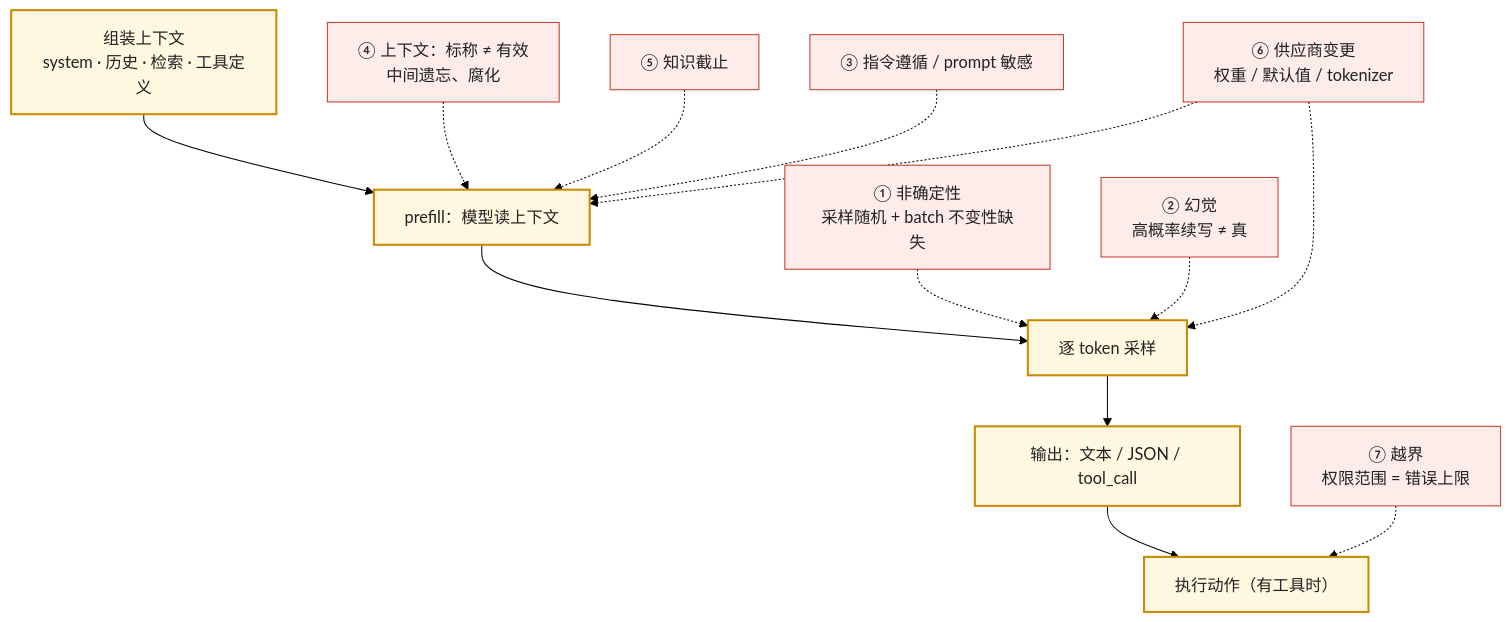
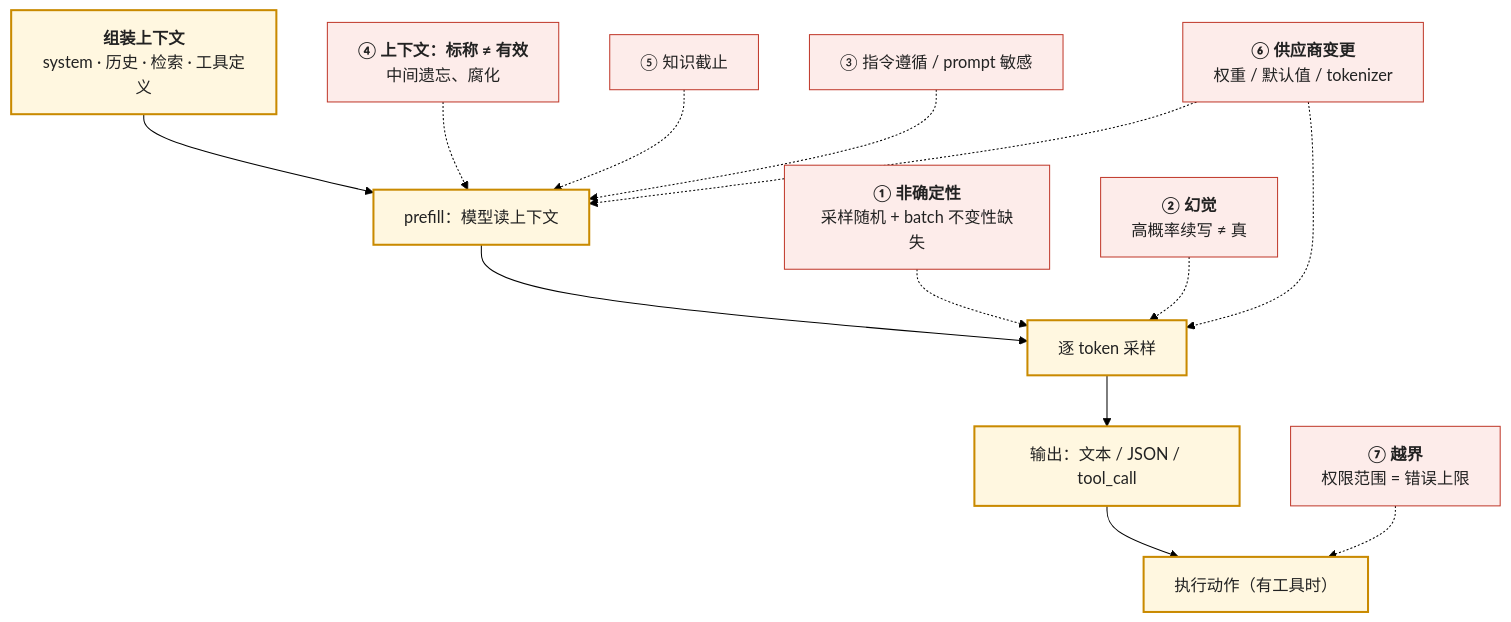
Before and after one commit to arganzheng/arganzheng.github.com: the first of 8 diagrams in _posts/2026-09-29-llm-failure-modes-nondeterminism-hallucination-and-context.md, drawn with Mermaid (forest theme). The commit also changed other lines of this file and 6 other files, not shown here.

First line of the commit message:
模型作为组件：契约、失效模式与选型：Mermaid 多行方框的首行标为标题（7 篇）

````diff
--- a/_posts/2026-09-29-llm-failure-modes-nondeterminism-hallucination-and-context.md
+++ b/_posts/2026-09-29-llm-failure-modes-nondeterminism-hallucination-and-context.md
@@ -40,21 +40,21 @@
 ```mermaid
 %% 图：七条失效模式各在一次调用的哪个位置进入：上下文、知识截止、指令遵循、供应商变更在 prefill，非确定性与幻觉在采样，越界在执行动作
 flowchart TB
-    CTX["组装上下文<br/>system · 历史 · 检索 · 工具定义"] --> PRE["prefill：模型读上下文"]
+    CTX["<b>组装上下文</b><br/>system · 历史 · 检索 · 工具定义"] --> PRE["prefill：模型读上下文"]
     PRE --> SAMP["逐 token 采样"]
     SAMP --> OUT["输出：文本 / JSON / tool_call"]
     OUT --> ACT["执行动作（有工具时）"]
-    F4["④ 上下文：标称 ≠ 有效<br/>中间遗忘、腐化"] -.-> PRE
+    F4["<b>④ 上下文：标称 ≠ 有效</b><br/>中间遗忘、腐化"] -.-> PRE
     F5["⑤ 知识截止"] -.-> PRE
     F3["③ 指令遵循 / prompt 敏感"] -.-> PRE
-    F1["① 非确定性<br/>采样随机 + batch 不变性缺失"] -.-> SAMP
-    F2["② 幻觉<br/>高概率续写 ≠ 真"] -.-> SAMP
-    F6["⑥ 供应商变更<br/>权重 / 默认值 / tokenizer"] -.-> PRE
+    F1["<b>① 非确定性</b><br/>采样随机 + batch 不变性缺失"] -.-> SAMP
+    F2["<b>② 幻觉</b><br/>高概率续写 ≠ 真"] -.-> SAMP
+    F6["<b>⑥ 供应商变更</b><br/>权重 / 默认值 / tokenizer"] -.-> PRE
     F6 -.-> SAMP
-    F7["⑦ 越界<br/>权限范围 = 错误上限"] -.-> ACT
+    F7["<b>⑦ 越界</b><br/>权限范围 = 错误上限"] -.-> ACT
 
     classDef stage fill:#fff7e0,stroke:#c98a00,stroke-width:2px,color:#222
     classDef fail fill:#fdecea,stroke:#c0392b,color:#222
     class CTX,PRE,SAMP,OUT,ACT stage
     class F1,F2,F3,F4,F5,F6,F7 fail
 ```
````
